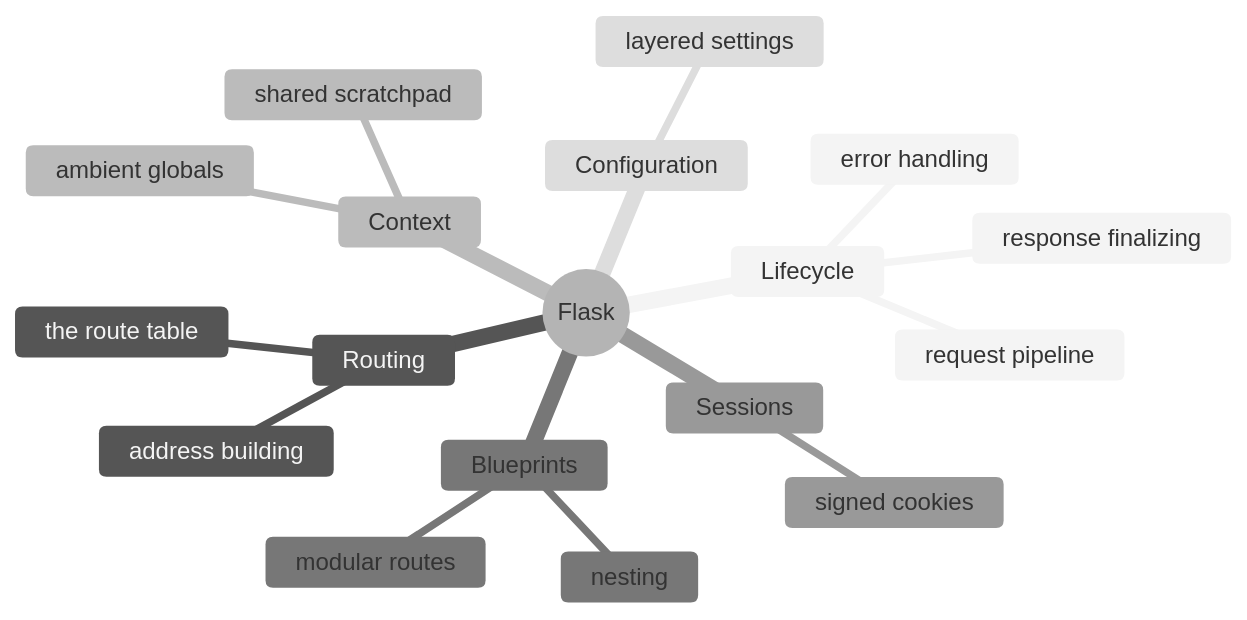
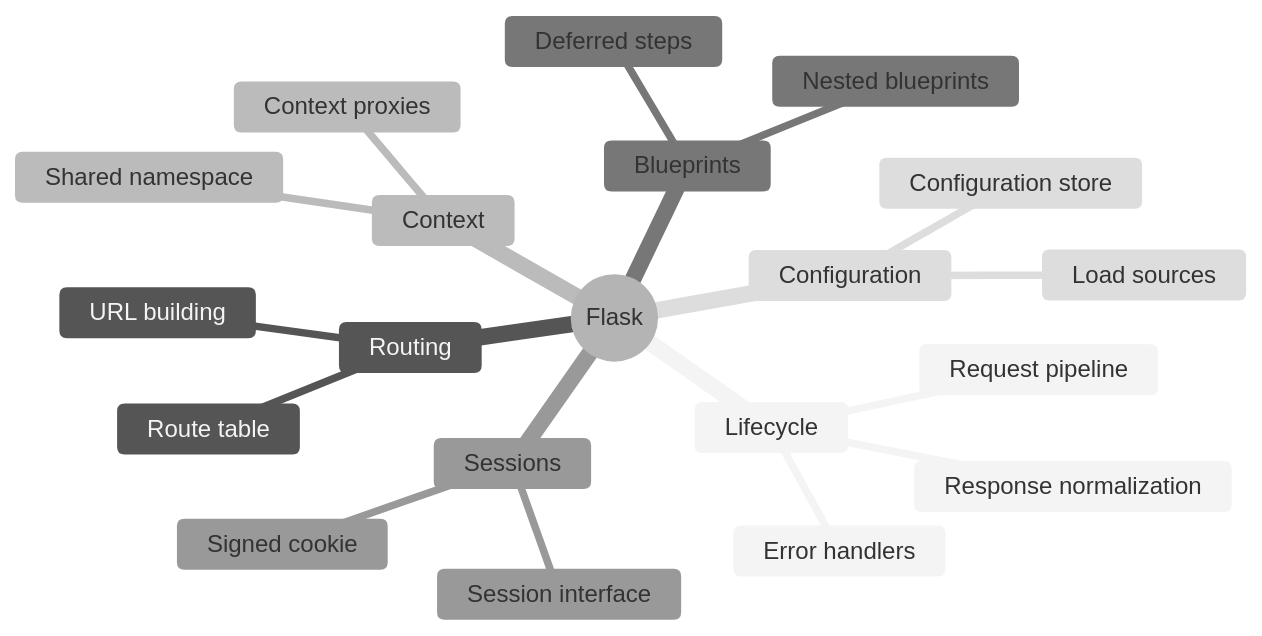
The third of 3 diagrams in docs/examples/flask/.cluedoc/README.md (KeunwooPark/cluedoc), drawn with Mermaid (neutral theme) before and after one commit. The commit also changed other lines of this file and 22 other files, not shown here.

````diff
--- a/docs/examples/flask/.cluedoc/README.md
+++ b/docs/examples/flask/.cluedoc/README.md
@@ -71,21 +83,23 @@
 ```mermaid
 mindmap
   root((Flask))
     Lifecycle
-      request pipeline
-      response finalizing
-      error handling
+      Request pipeline
+      Response normalization
+      Error handlers
     Routing
-      the route table
-      address building
+      Route table
+      URL building
     Context
-      ambient globals
-      shared scratchpad
+      Context proxies
+      Shared namespace
     Blueprints
-      modular routes
-      nesting
+      Deferred steps
+      Nested blueprints
     Sessions
-      signed cookies
+      Signed cookie
+      Session interface
     Configuration
-      layered settings
+      Configuration store
+      Load sources
 ```
````
